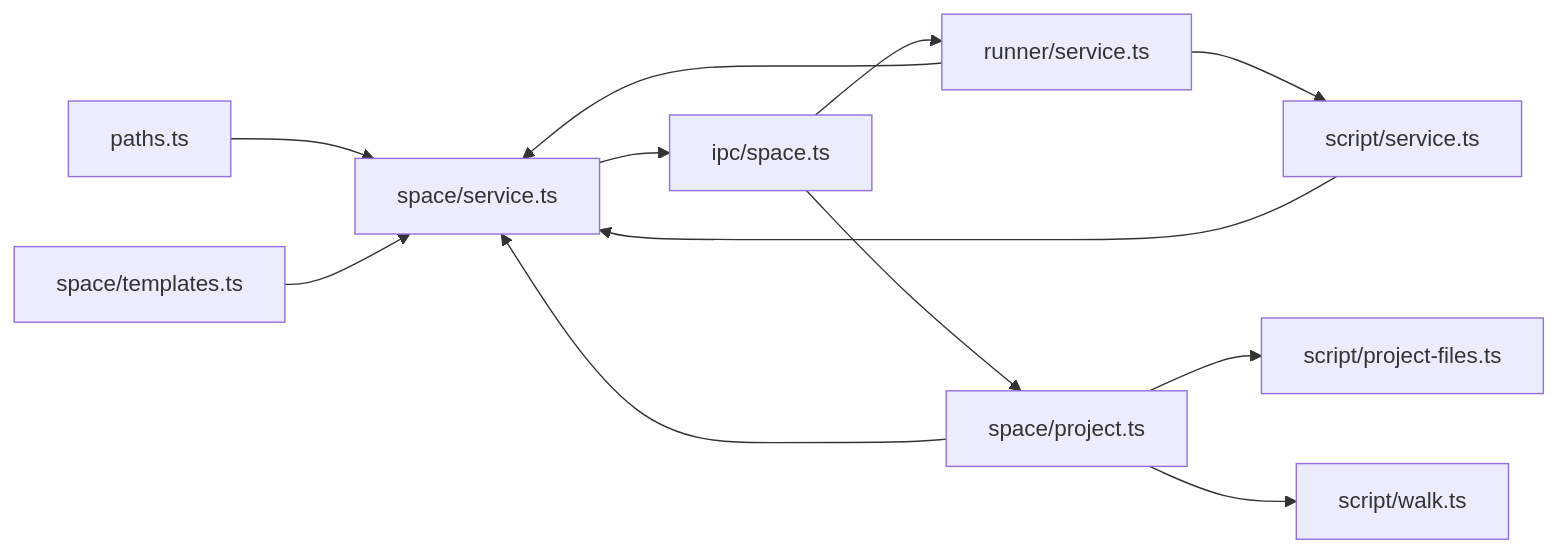
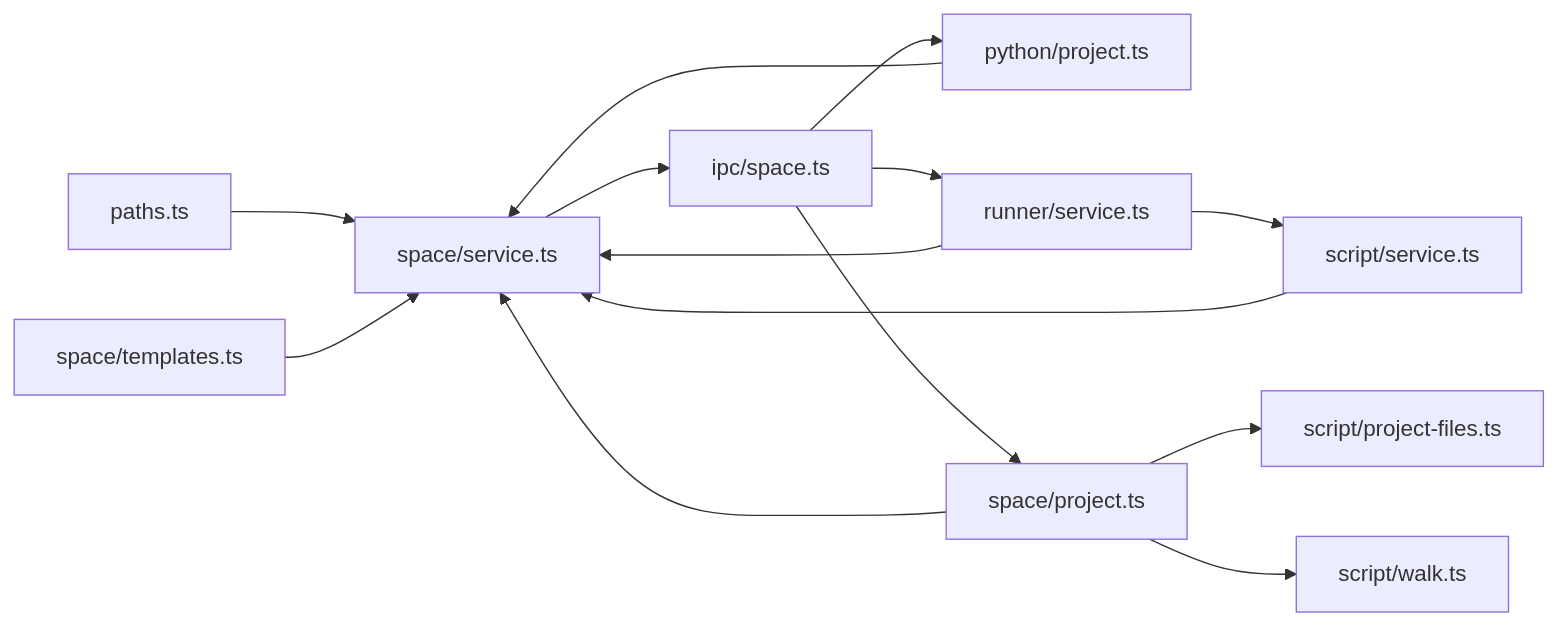
The tenth of 13 diagrams in .qoder/repowiki/zh/content/核心服务层/Space 服务（项目空间管理）.md (hozeeee/script-box), drawn with Mermaid before and after one commit. The commit also changed other lines of this file and 6 other files, not shown here.

````diff
--- a/.qoder/repowiki/zh/content/核心服务层/Space 服务（项目空间管理）.md
+++ b/.qoder/repowiki/zh/content/核心服务层/Space 服务（项目空间管理）.md
@@ -346,14 +464,16 @@
 ```mermaid
 graph LR
 Paths["paths.ts"] --> Space["space/service.ts"]
 Templates["space/templates.ts"] --> Space
+PythonProject["python/project.ts"] --> Space
 Project["space/project.ts"] --> Space
 Space --> IPC["ipc/space.ts"]
 Script["script/service.ts"] --> Space
 Runner["runner/service.ts"] --> Space
 Runner --> Script
 IPC --> Runner
+IPC --> PythonProject
 IPC --> Project
 Project --> ScriptFiles["script/project-files.ts"]
 Project --> Walk["script/walk.ts"]
 ```
````
